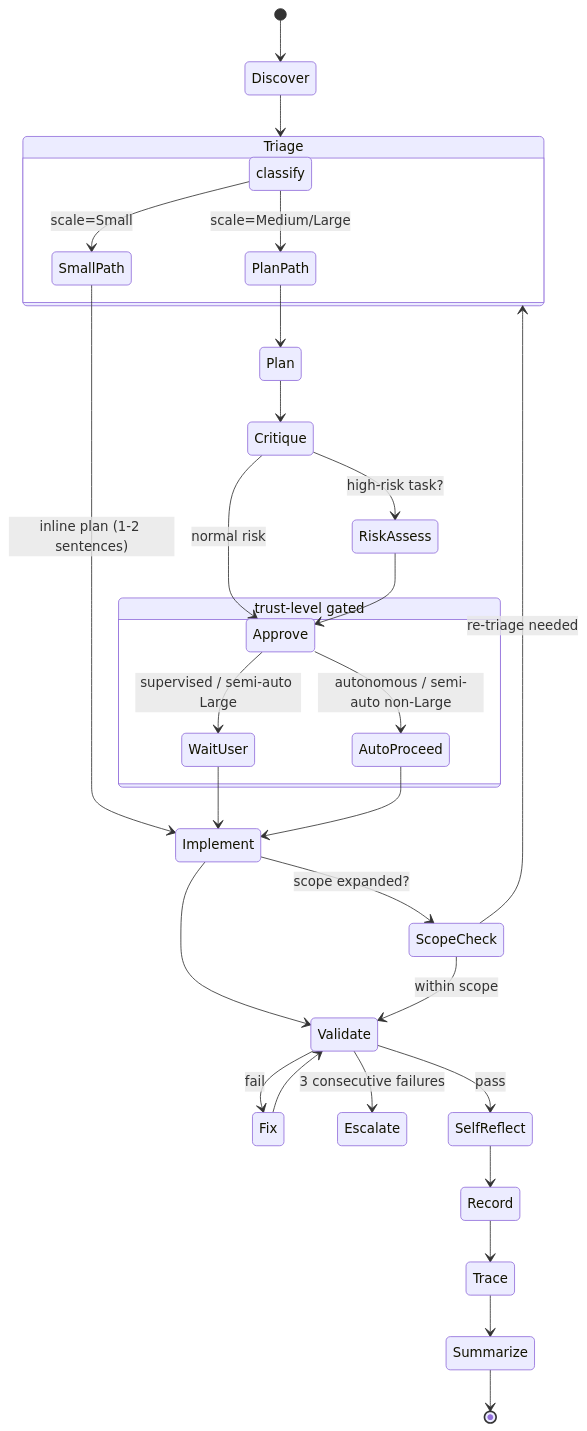
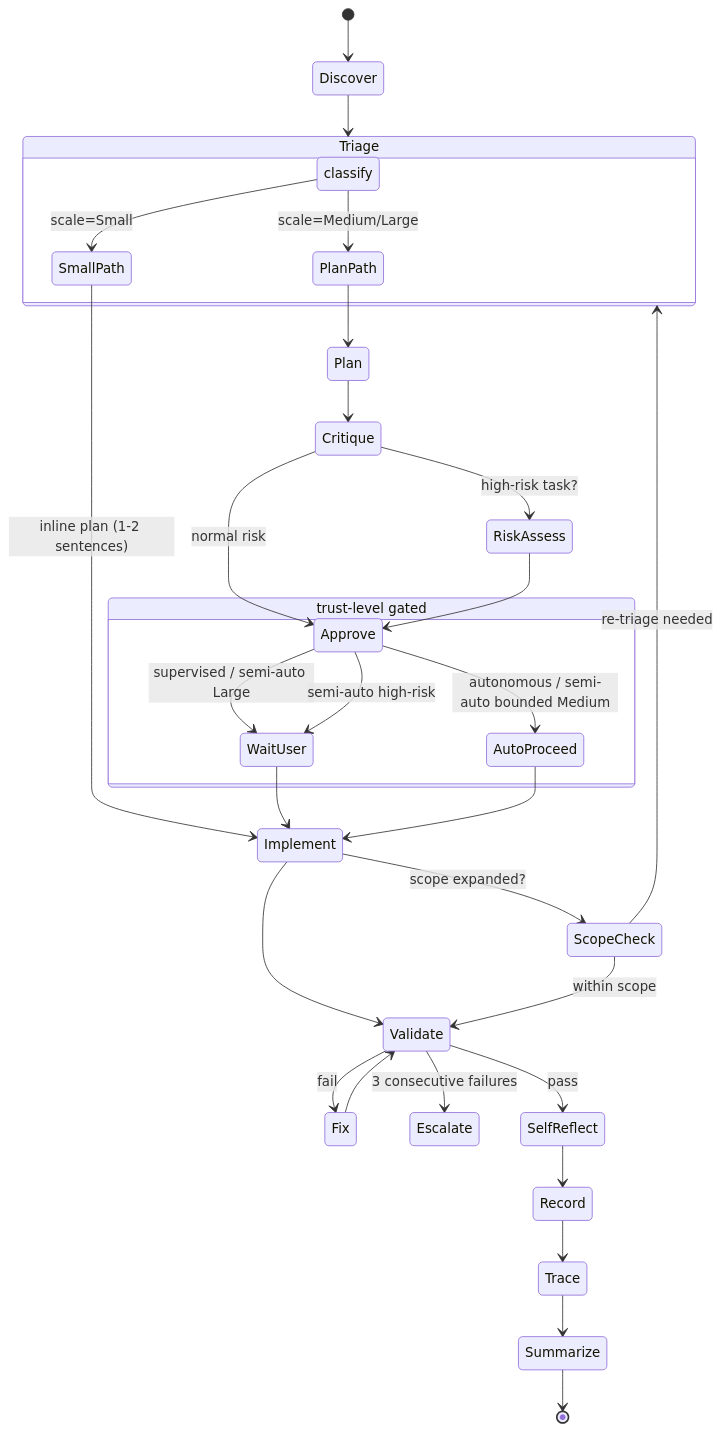
Before and after one commit to screenleon/agent-playbook-template: the diagram in docs/agent-playbook.md, drawn with Mermaid. The commit also changed other lines of this file and 5 other files, not shown here.

````diff
--- a/docs/agent-playbook.md
+++ b/docs/agent-playbook.md
@@ -351,43 +388,44 @@
 ```mermaid
 stateDiagram-v2
     [*] --> Discover
     Discover --> Triage
 
     state Triage {
         direction LR
         classify --> SmallPath : scale=Small
         classify --> PlanPath : scale=Medium/Large
     }
 
     SmallPath --> Implement : inline plan (1-2 sentences)
     PlanPath --> Plan
 
     Plan --> Critique
     Critique --> RiskAssess : high-risk task?
     Critique --> Approve : normal risk
     RiskAssess --> Approve
 
     state "trust-level gated" as ApproveGate {
         Approve --> WaitUser : supervised / semi-auto Large
-        Approve --> AutoProceed : autonomous / semi-auto non-Large
+        Approve --> WaitUser : semi-auto high-risk
+        Approve --> AutoProceed : autonomous / semi-auto bounded Medium
     }
 
     WaitUser --> Implement
     AutoProceed --> Implement
 
     Implement --> Validate
 
     Validate --> Fix : fail
     Fix --> Validate
     Validate --> Escalate : 3 consecutive failures
     Validate --> SelfReflect : pass
     SelfReflect --> Record
 
     Implement --> ScopeCheck : scope expanded?
     ScopeCheck --> Triage : re-triage needed
     ScopeCheck --> Validate : within scope
 
     Record --> Trace
     Trace --> Summarize
     Summarize --> [*]
 ```
````
